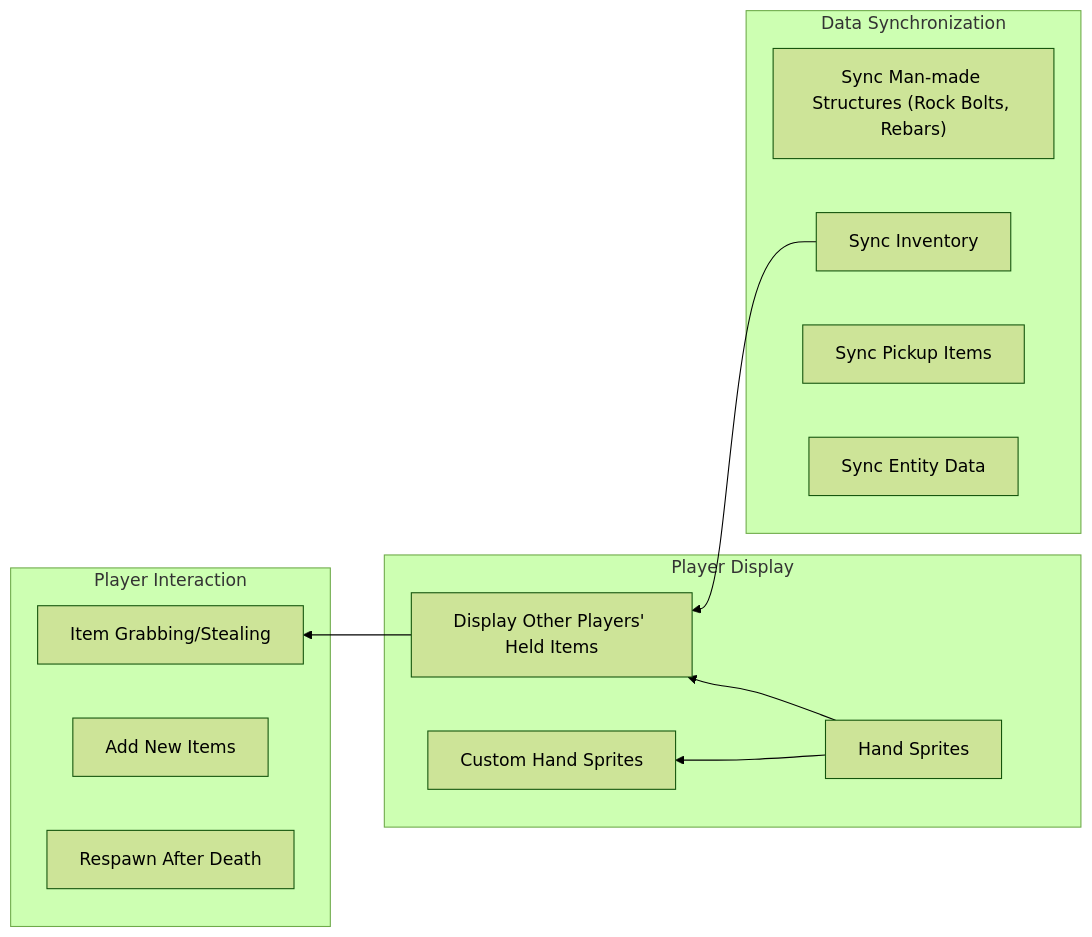
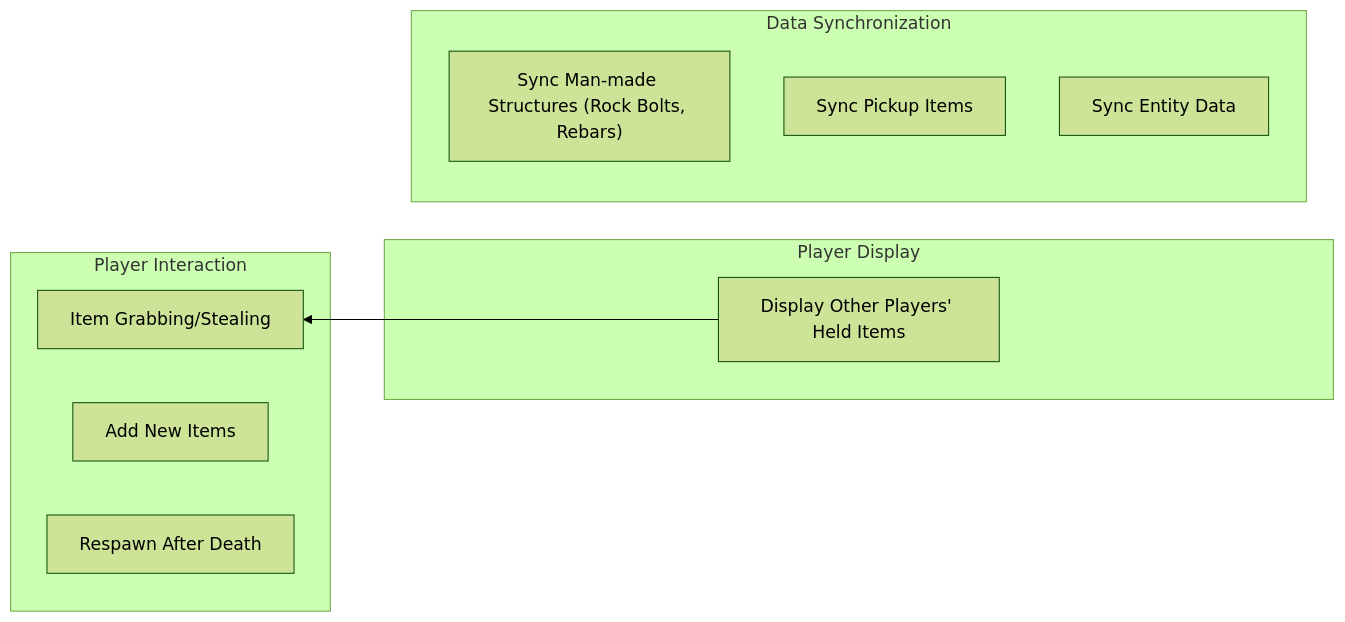
The diagram in README.md (PotatoeShaman/WKMultiMod), drawn with Mermaid (forest theme) before and after one commit. The commit also changed other lines of this file and 12 other files, not shown here.

````diff
--- a/README.md
+++ b/README.md
@@ -22,30 +22,24 @@
 ```mermaid
 graph RL
     %% Module 1: Player Display
     subgraph Player Display
-        1a[Hand Sprites]
         1d[Display Other Players' Held Items]
-        1e[Custom Hand Sprites]
     end
 
     %% Module 2: Player Interaction
     subgraph Player Interaction
         2b[Item Grabbing/Stealing]
         2c[Add New Items]
         2e[Respawn After Death]
     end
 
     %% Module 3: Data Synchronization
     subgraph Data Synchronization
         3a["Sync Man-made Structures (Rock Bolts, Rebars)"]
-        3b[Sync Inventory]
         3c[Sync Pickup Items]
         3e[Sync Entity Data]
     end
 
     %% Dependency Connections (cross-module and within modules)
-    1a --> 1e
-    3b --> 1d
-    1a --> 1d
     1d --> 2b
 ```
````
